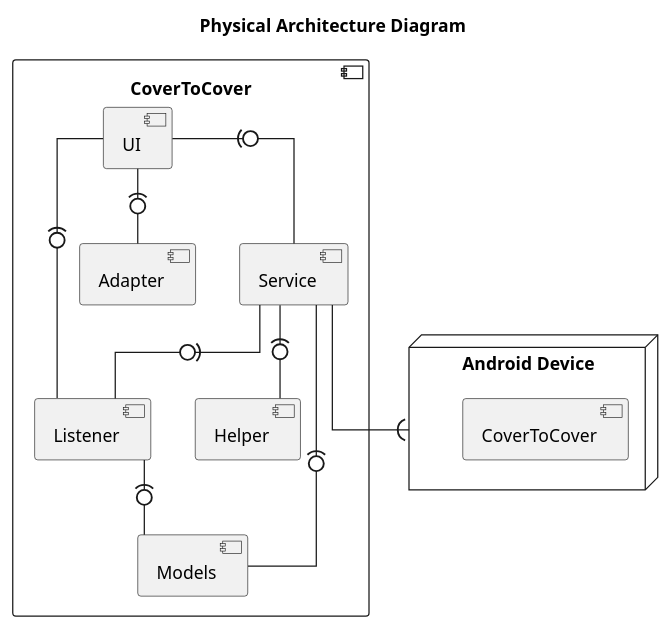
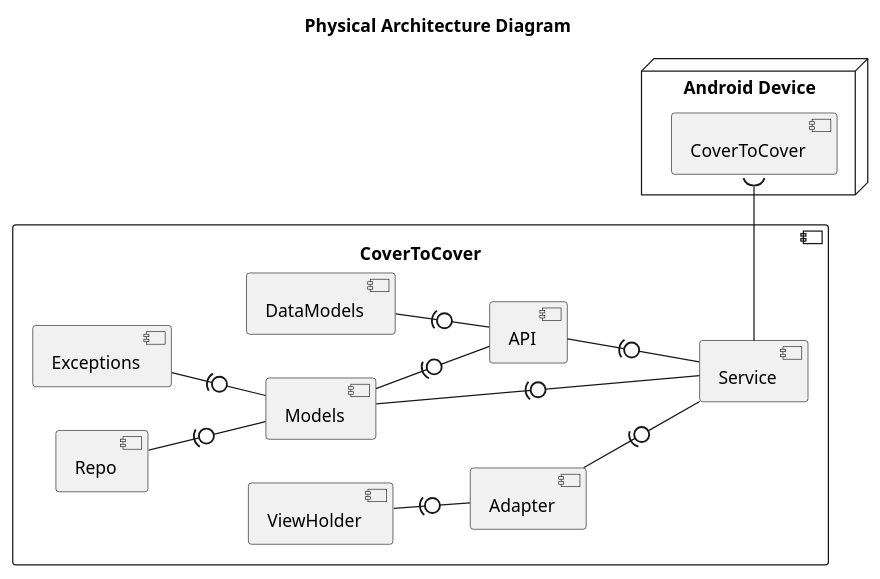
The diagram in UMLs/ArquiteturaFísica/uml/arquitetura_física.puml (VitorHTeixeira/DSSMV_ProjectDroid_1232067_1241131_1241008), drawn with PlantUML before and after one commit. The commit also changed 2 other files, not shown here.

```diff
--- a/UMLs/ArquiteturaFísica/uml/arquitetura_física.puml
+++ b/UMLs/ArquiteturaFísica/uml/arquitetura_física.puml
@@ -1,31 +1,32 @@
 @startuml
 'https://plantuml.com/component-diagram
 
-top to bottom direction
-skinparam linetype ortho
+left to right direction
 title Physical Architecture Diagram
 
 node "Android Device" as android_device {
     component "CoverToCover" as android_ctc
 }
 
 component "CoverToCover" as ctc {
-    component "UI" as UI
-    component "Service" as Service
-    component "Helper" as Helper
-    component "Adapter" as Adapter
-    component "Listener" as Listener
-    component "Models" as Models
+    component "Adapter" as adapter
+    component "API" as api
+    component "DataModels" as datamodels
+    component "Exceptions" as exceptions
+    component "Models" as models
+    component "Repo" as repo
+    component "Service" as service
+    component "ViewHolder" as viewholder
 }
-Listener -(0- Models
-Service -(0- Helper
-Service -(0- Listener
-Service -(0- Models
-UI -(0- Service
-UI -(0- Adapter
-UI -(0- Listener
-Service --( android_device
 
-
+viewholder -(0- adapter
+adapter -(0- service
+models -(0- service
+exceptions -(0- models
+models -(0- api
+api -(0- service
+repo -(0- models
+datamodels -(0- api
+service -( android_ctc
 
 @enduml
```
